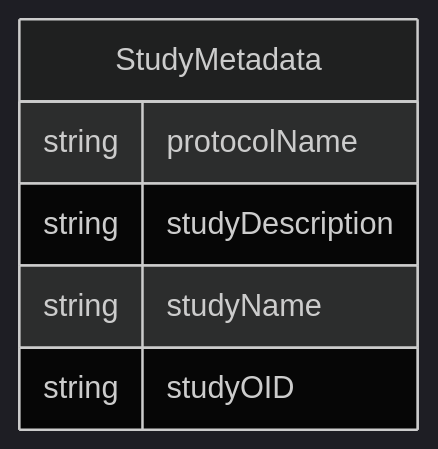
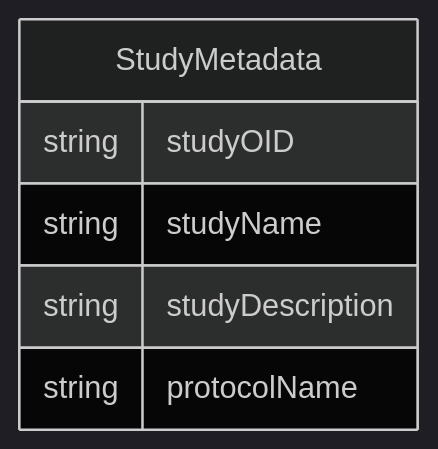
Before and after one commit to cdisc-org/DataExchange-DDS: the diagram in docs/classes/StudyMetadata.md, drawn with Mermaid (dark theme). The commit also changed other lines of this file and 313 other files, not shown here.

````diff
--- a/docs/classes/StudyMetadata.md
+++ b/docs/classes/StudyMetadata.md
@@ -20,12 +15,12 @@
 ```mermaid
 erDiagram
 StudyMetadata {
+    string studyOID  
+    string studyName  
+    string studyDescription  
     string protocolName  
-    string studyDescription  
-    string studyName  
-    string studyOID  
 }
 
 
 
 ```
````
